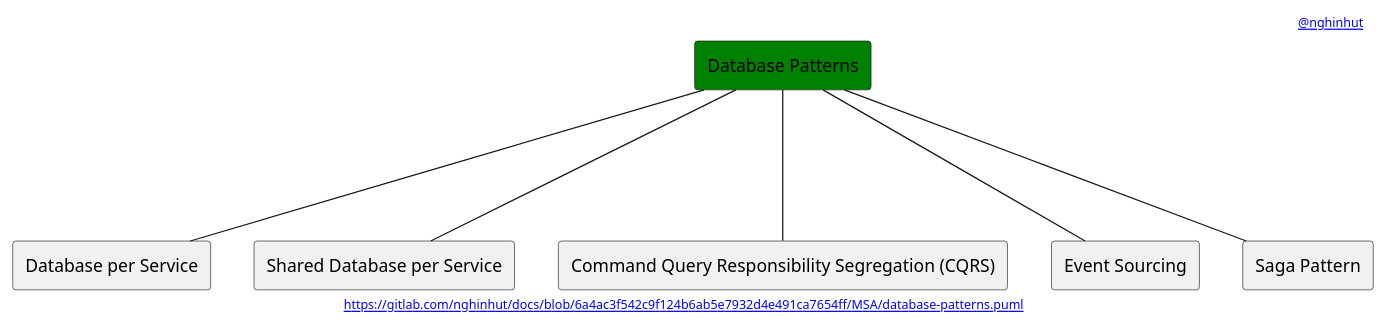
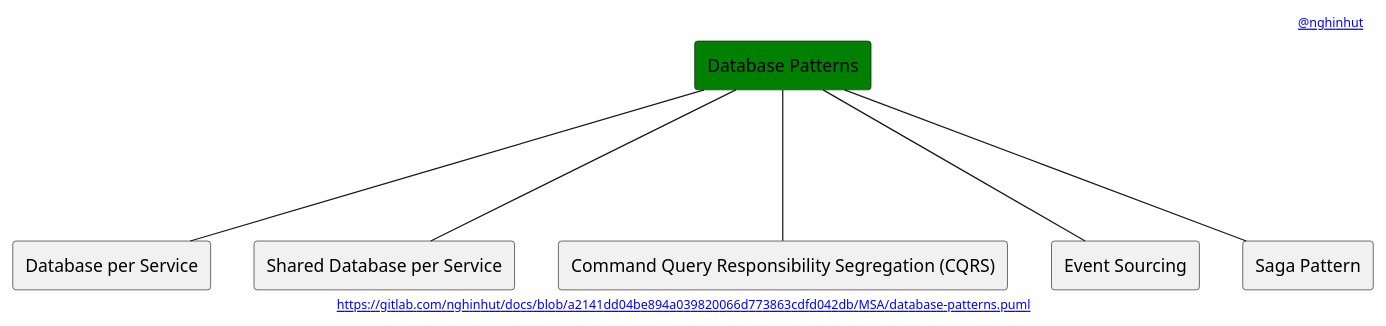
The diagram in MSA/database-patterns.puml (nghinhut/docs), drawn with PlantUML before and after one commit. The commit also changed 17 other files, not shown here.

Commit message:
Update diagrams

```diff
--- a/MSA/database-patterns.puml
+++ b/MSA/database-patterns.puml
@@ -1,20 +1,20 @@
 @startuml
 '-----START auto generated metadata please keep comment here to allow auto update-----
 '-----DON'T EDIT THIS SECTION, INSTEAD RE-RUN prebuild.sh TO UPDATE-----
-header [[www.nghinhut.dev?from=https%5C%3A%5C%2F%5C%2Fgitlab%5C.com%5C%2Fnghinhut%5C%2Fdocs%5C%2Fblob%5C%2F6a4ac3f542c9f124b6ab5e7932d4e491ca7654ff%5C%2FMSA%5C%2Fdatabase-patterns%5C.puml%0A @nghinhut]]
-footer [[http://www.plantuml.com/plantuml/proxy?fmt=svg&src=https://gitlab.com/nghinhut/docs/raw/6a4ac3f542c9f124b6ab5e7932d4e491ca7654ff/MSA/database-patterns.puml https://gitlab.com/nghinhut/docs/blob/6a4ac3f542c9f124b6ab5e7932d4e491ca7654ff/MSA/database-patterns.puml]]
+header [[https://www.nghinhut.dev?from=http%5C%3A%5C%2F%5C%2Fwww%5C.plantuml%5C.com%5C%2Fplantuml%5C%2Fproxy%3Ffmt%3Dsvg%5C%26src%3Dhttps%5C%3A%5C%2F%5C%2Fgitlab%5C.com%5C%2Fnghinhut%5C%2Fdocs%5C%2Fraw%5C%2Fa2141dd04be894a039820066d773863cdfd042db%5C%2FMSA%5C%2Fdatabase-patterns%5C.puml%0A @nghinhut]]
+footer [[http://www.plantuml.com/plantuml/proxy?fmt=svg&src=https://gitlab.com/nghinhut/docs/raw/a2141dd04be894a039820066d773863cdfd042db/MSA/database-patterns.puml https://gitlab.com/nghinhut/docs/blob/a2141dd04be894a039820066d773863cdfd042db/MSA/database-patterns.puml]]
 '-----END auto generated metadata please keep comment here to allow auto update-----
 
 rectangle "Database Patterns" as Database #green
 
 rectangle "Database per Service" as DatabaseP1
 rectangle "Shared Database per Service" as DatabaseP2
 rectangle "Command Query Responsibility Segregation (CQRS)" as DatabaseP3
 rectangle "Event Sourcing" as DatabaseP4
 rectangle "Saga Pattern" as DatabaseP5
 Database --- DatabaseP1
 Database --- DatabaseP2
 Database --- DatabaseP3
 Database --- DatabaseP4
 Database --- DatabaseP5
 @enduml
```
